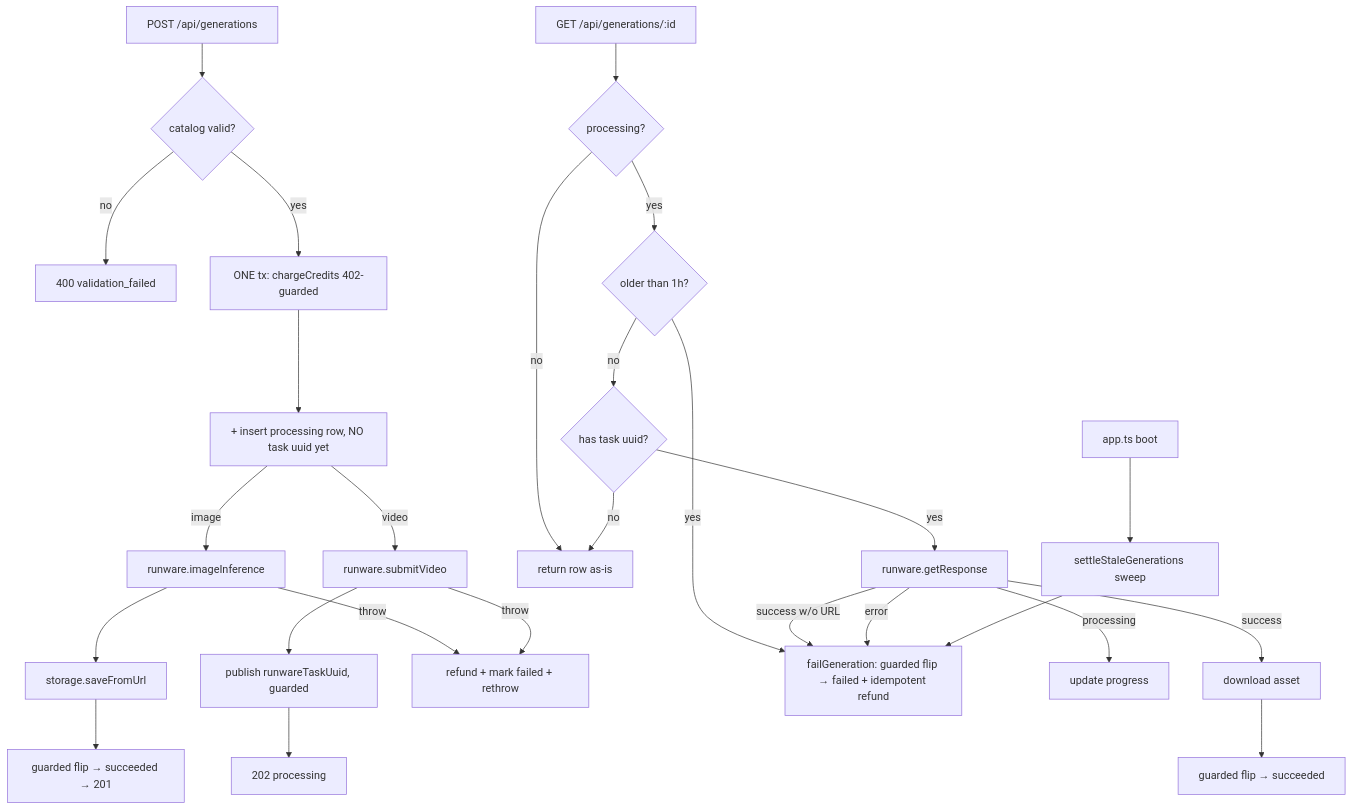
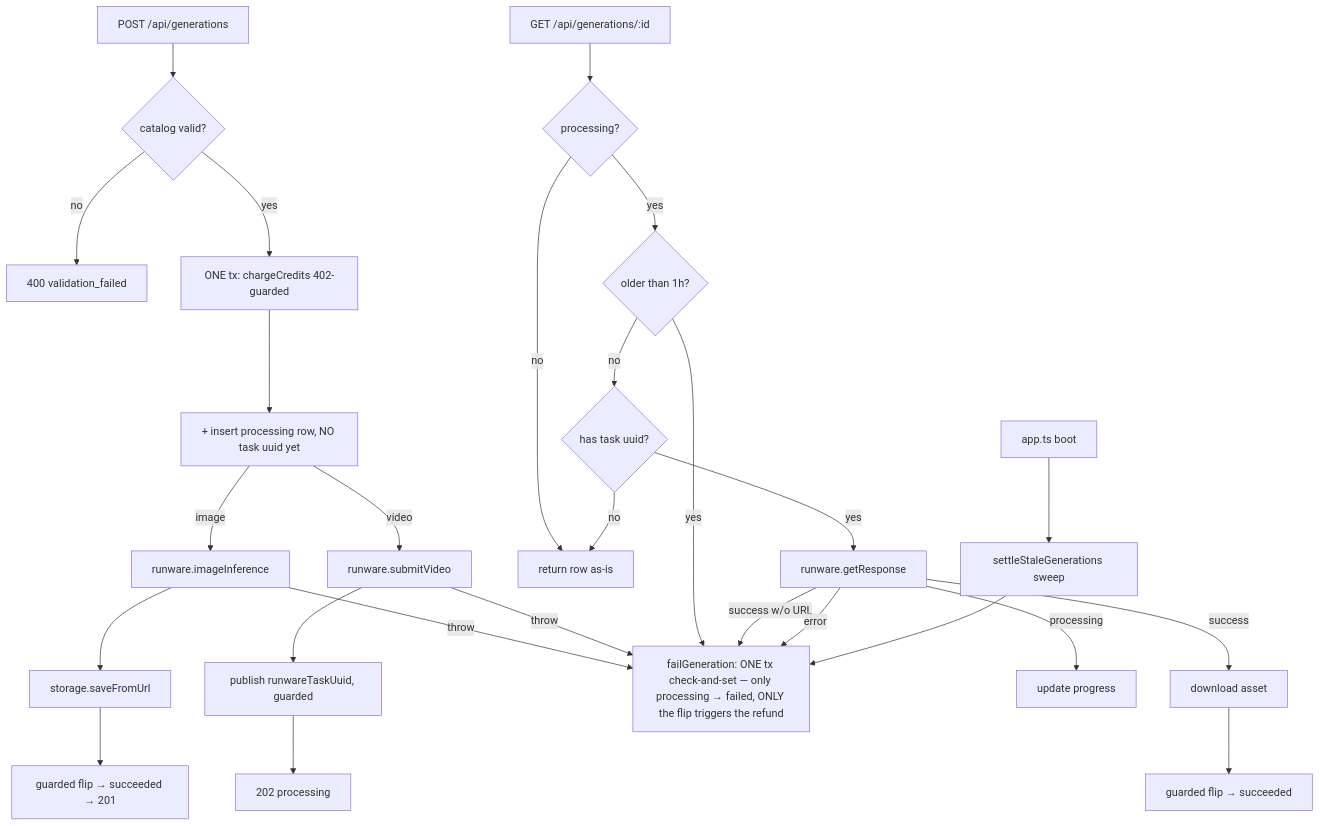
Before and after one commit to AzamatRaimbekov2/openCreate: the diagram in apps/api/src/modules/generations/service.ts.md, drawn with Mermaid. The commit also changed other lines of this file and 3 other files, not shown here.

````diff
--- a/apps/api/src/modules/generations/service.ts.md
+++ b/apps/api/src/modules/generations/service.ts.md
@@ -27,23 +27,23 @@
 ```mermaid
 flowchart TD
   P[POST /api/generations] --> V{catalog valid?}
   V -- no --> E400[400 validation_failed]
   V -- yes --> C[ONE tx: chargeCredits 402-guarded]
   C --> R[+ insert processing row, NO task uuid yet]
   R -- image --> I[runware.imageInference] --> S[storage.saveFromUrl] --> GTX[guarded flip → succeeded → 201]
   R -- video --> SV[runware.submitVideo] --> PU[publish runwareTaskUuid, guarded] --> A[202 processing]
-  I -- throw --> RF[refund + mark failed + rethrow]
-  SV -- throw --> RF
+  I -- throw --> TF
+  SV -- throw --> TF
   G[GET /api/generations/:id] --> Q{processing?}
   Q -- no --> DTO[return row as-is]
   Q -- yes --> ST{older than 1h?}
   ST -- yes --> TF
   ST -- no --> HU{has task uuid?}
   HU -- no --> DTO
   HU -- yes --> PL[runware.getResponse]
   PL -- processing --> UP[update progress]
   PL -- success w/o URL --> TF
   PL -- success --> DL[download asset] --> TX[guarded flip → succeeded]
-  PL -- error --> TF[failGeneration: guarded flip → failed + idempotent refund]
+  PL -- error --> TF[failGeneration: ONE tx check-and-set — only processing → failed, ONLY the flip triggers the refund]
   B[app.ts boot] --> SW[settleStaleGenerations sweep] --> TF
 ```
````
